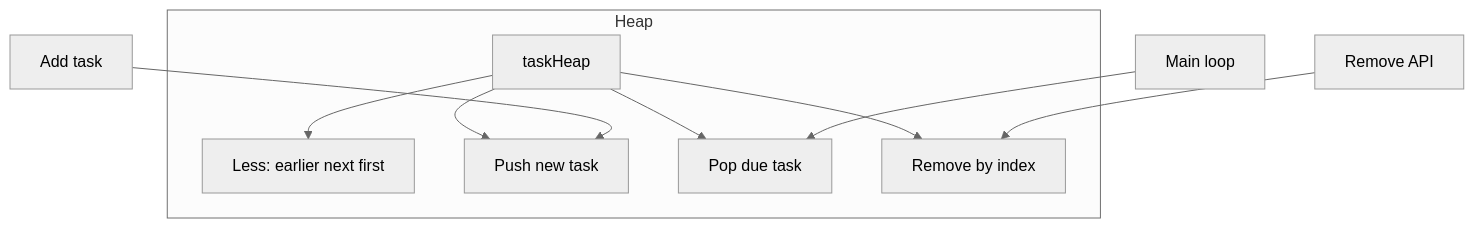
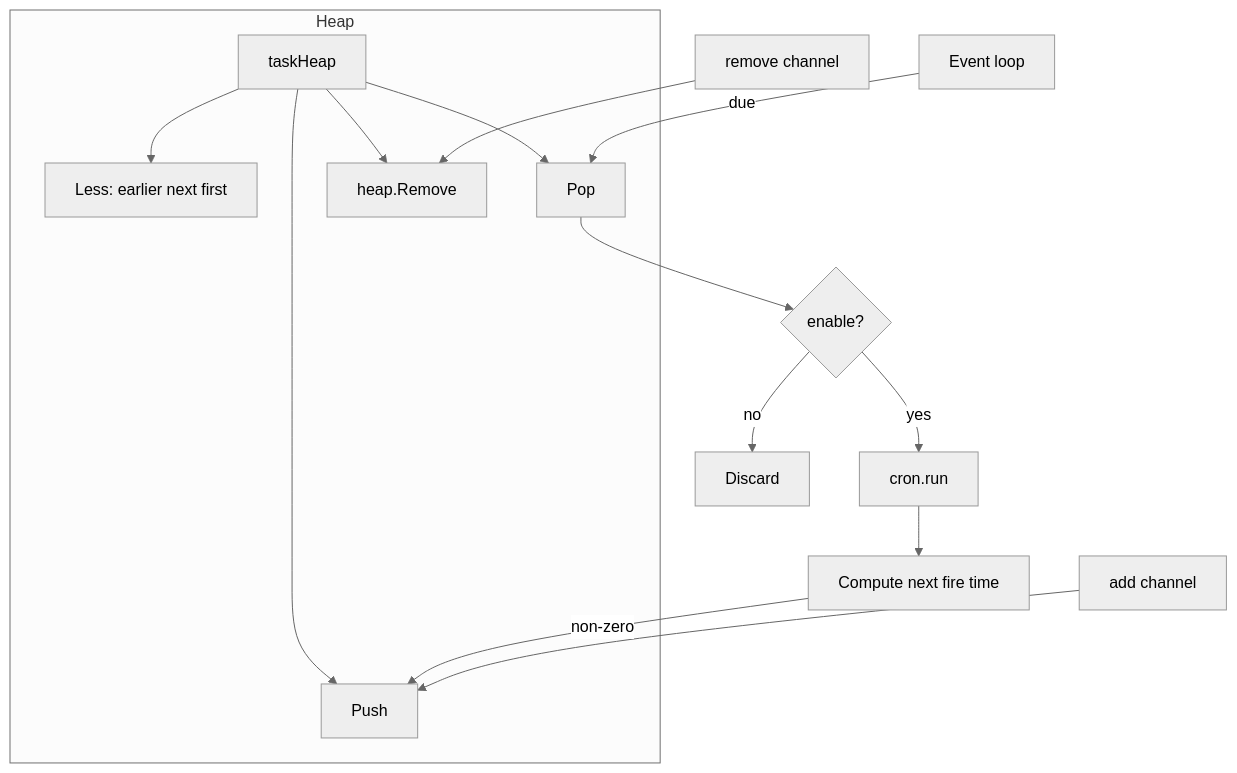
Before and after one commit to pardnchiu/go-scheduler: the fourth of 7 diagrams in doc/architecture.md, drawn with Mermaid (neutral theme). The commit also changed other lines of this file and 6 other files, not shown here.

````diff
--- a/doc/architecture.md
+++ b/doc/architecture.md
@@ -69,12 +86,17 @@
 ```mermaid
 graph TB
     subgraph Heap
         H[taskHeap] --> Less[Less: earlier next first]
-        H --> Push[Push new task]
-        H --> Pop[Pop due task]
-        H --> Remove[Remove by index]
+        H --> Push[Push]
+        H --> Pop[Pop]
+        H --> Remove[heap.Remove]
     end
-    Loop[Main loop] --> Pop
-    Add[Add task] --> Push
-    RemoveAPI[Remove API] --> Remove
+    Loop[Event loop] -->|due| Pop
+    Pop --> Enabled{enable?}
+    Enabled -->|no| Drop[Discard]
+    Enabled -->|yes| Run[cron.run]
+    Run --> Reschedule[Compute next fire time]
+    Reschedule -->|non-zero| Push
+    AddCh[add channel] --> Push
+    RemoveCh[remove channel] --> Remove
 ```
````
